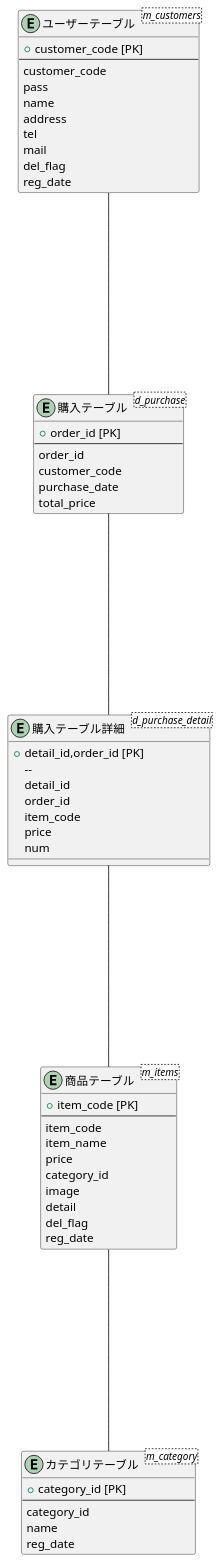
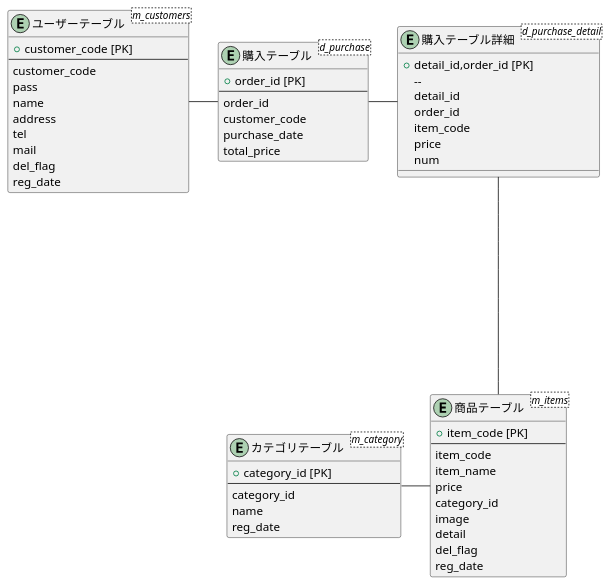
The diagram in SaER.md (Aso2001137/2021sys-design), drawn with PlantUML before and after one commit.

````diff
--- a/SaER.md
+++ b/SaER.md
@@ -1,61 +1,61 @@
 ```uml
 @startuml
 entity "購入テーブル" as purchase <d_purchase> {
   + order_id [PK]
   --
   order_id
   customer_code
   purchase_date
   total_price
 }
 
 entity "購入テーブル詳細" as  purchase_detail <d_purchase_detail> {
 + detail_id,order_id [PK]
   --
   detail_id
   order_id
   item_code
   price
   num
 }
 
 entity "ユーザーテーブル" as  customer <m_customers>{
   + customer_code [PK]
   --
   customer_code
   pass
   name
   address
   tel
   mail
   del_flag
   reg_date
 }
 
 entity "カテゴリテーブル" as  category <m_category>{
   + category_id [PK]
   --
   category_id 
   name
   reg_date
 }
 
 entity "商品テーブル" as  items <m_items>{
   + item_code [PK]
   --
   item_code
   item_name
   price
   category_id
   image
   detail
   del_flag
   reg_date
 }
 
-customer ----- purchase
-purchase ----- purchase_detail
-purchase_detail ----- items
-items ----- category
+customer ---ri-- purchase
+purchase ---ri-- purchase_detail
+purchase_detail --do--- items
+items ---le-- category
 @enduml
 ```
````
